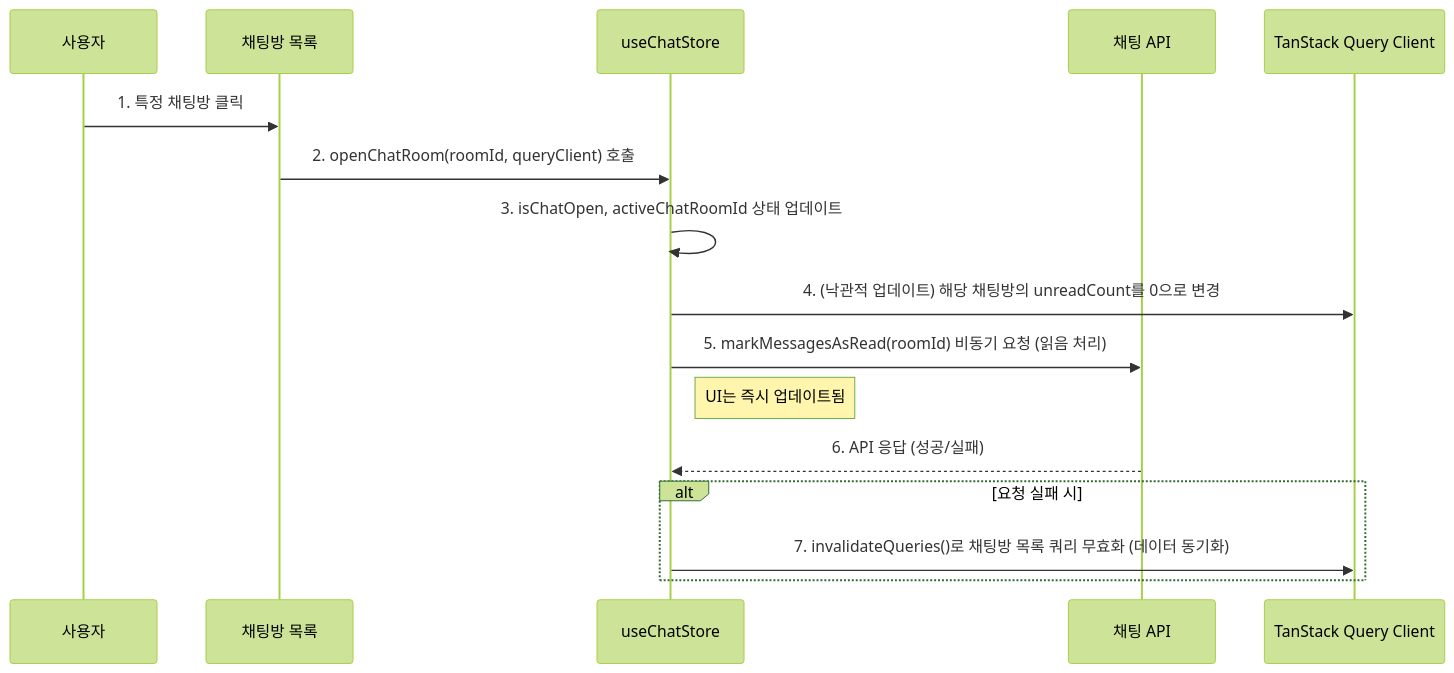
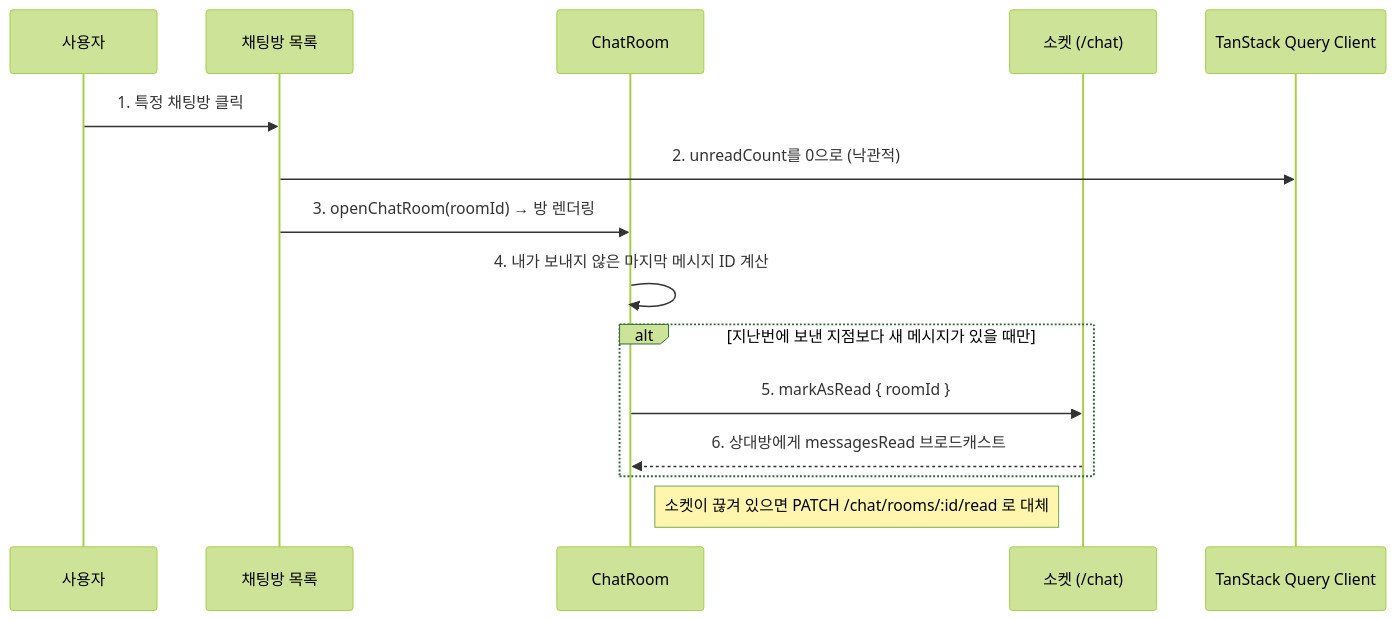
One commit to Yoo-su/artchive changed the second of 2 diagrams in apps/web/src/features/chat/README.md. Above: the diagram before and after it, drawn with Mermaid (forest theme). The commit also changed other lines of this file and 33 other files, not shown here.

````diff
--- a/apps/web/src/features/chat/README.md
+++ b/apps/web/src/features/chat/README.md
@@ -91,22 +121,20 @@
 ```mermaid
 sequenceDiagram
     participant User as 사용자
     participant ChatList as 채팅방 목록
-    participant ChatStore as useChatStore
-    participant API as 채팅 API
+    participant Room as ChatRoom
+    participant Socket as 소켓 (/chat)
     participant QueryClient as TanStack Query Client
 
     User->>ChatList: 1. 특정 채팅방 클릭
-    ChatList->>ChatStore: 2. openChatRoom(roomId, queryClient) 호출
+    ChatList->>QueryClient: 2. unreadCount를 0으로 (낙관적)
+    ChatList->>Room: 3. openChatRoom(roomId) → 방 렌더링
 
-    ChatStore->>ChatStore: 3. isChatOpen, activeChatRoomId 상태 업데이트
-    ChatStore->>QueryClient: 4. (낙관적 업데이트) 해당 채팅방의 unreadCount를 0으로 변경
-    ChatStore->>API: 5. markMessagesAsRead(roomId) 비동기 요청 (읽음 처리)
+    Room->>Room: 4. 내가 보내지 않은 마지막 메시지 ID 계산
+    alt 지난번에 보낸 지점보다 새 메시지가 있을 때만
+      Room->>Socket: 5. markAsRead { roomId }
+      Socket-->>Room: 6. 상대방에게 messagesRead 브로드캐스트
+    end
 
-    Note right of ChatStore: UI는 즉시 업데이트됨
-    API-->>ChatStore: 6. API 응답 (성공/실패)
-
-    alt 요청 실패 시
-      ChatStore->>QueryClient: 7. invalidateQueries()로 채팅방 목록 쿼리 무효화 (데이터 동기화)
-    end
+    Note right of Room: 소켓이 끊겨 있으면 PATCH /chat/rooms/:id/read 로 대체
 ```
````
